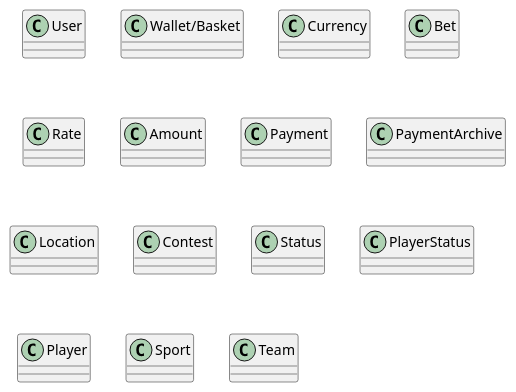
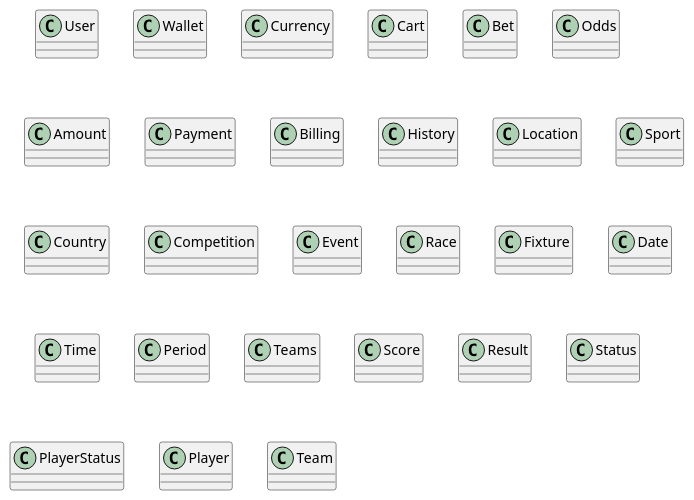
One commit to OFP-CDA-Mulhouse-2020/parisportif5 changed the diagram in Diagramme_de_classe.puml. Above: the diagram before and after it, drawn with PlantUML.

Commit message:
04 Novembre, commit n°3 : Affinage du diagramme de classe puml

```diff
--- a/Diagramme_de_classe.puml
+++ b/Diagramme_de_classe.puml
@@ -1,17 +1,29 @@
 @startuml parisportif5
 class User
-class Wallet/Basket
+class Wallet
 class Currency
+class Cart
 class Bet
-class Rate
+class Odds
 class Amount
 class Payment
-class PaymentArchive
+class Billing
+class History
 class Location
-class Contest
+class Sport
+class Country
+class Competition
+class Event
+class Race
+class Fixture
+class Date
+class Time
+class Period
+class Teams
+class Score
+class Result
 class Status
 class PlayerStatus
 class Player
-class Sport
 class Team
 @enduml
```
